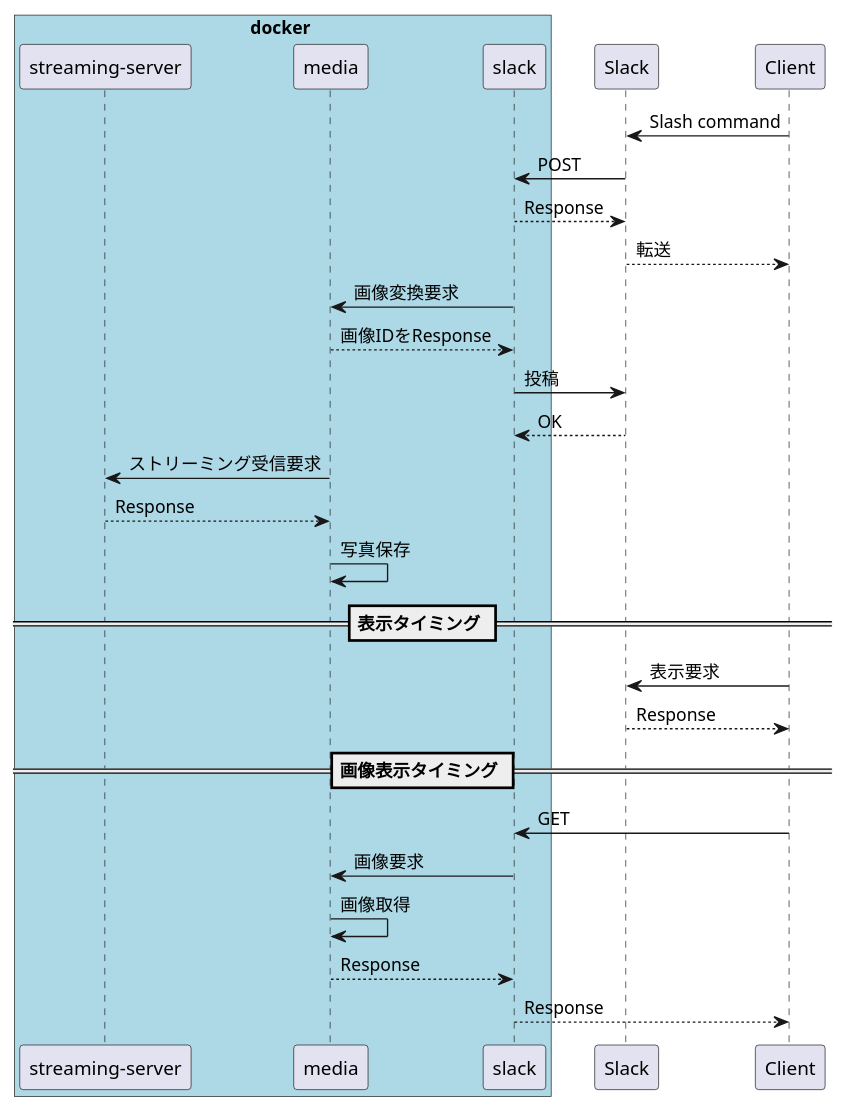
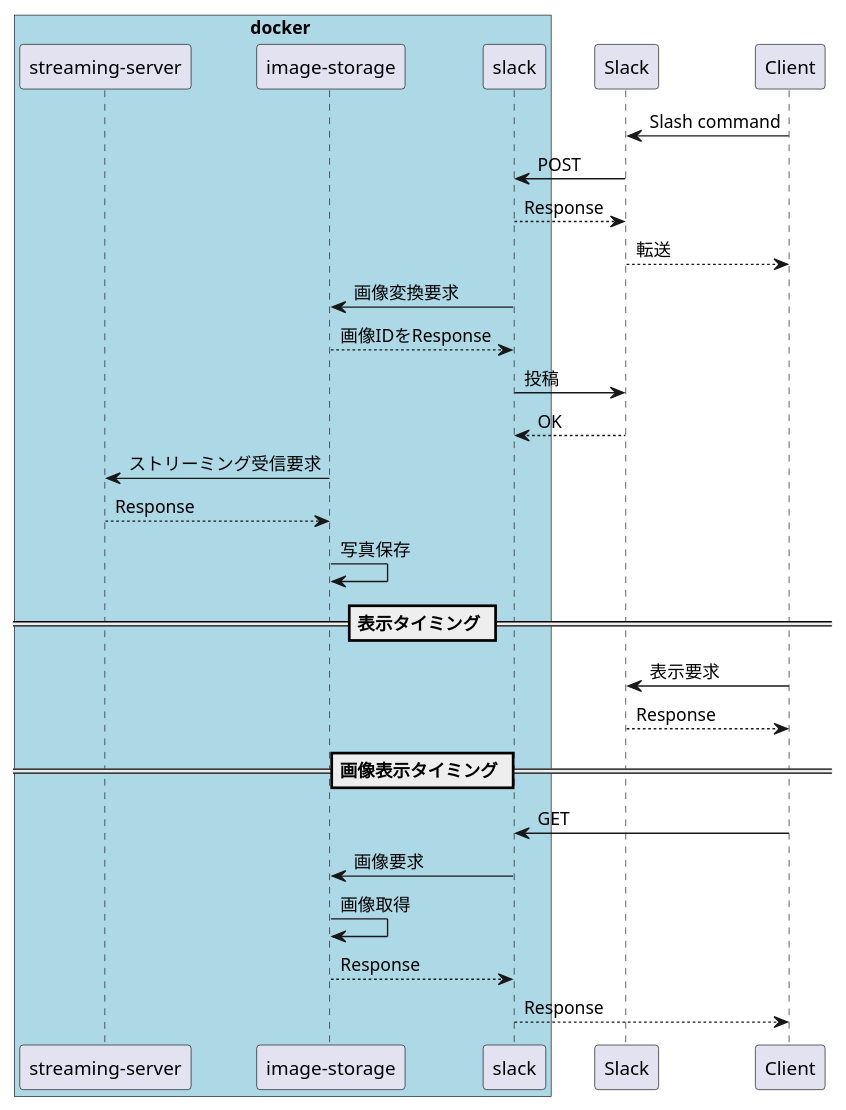
One commit to ilim0t/bushitsuchan-PC changed the diagram in docs/sequence/slack_slash_command.pu. Above: the diagram before and after it, drawn with PlantUML. The commit also changed 5 other files, not shown here.

Commit message:
Update Sequence diagram

```diff
--- a/docs/sequence/slack_slash_command.pu
+++ b/docs/sequence/slack_slash_command.pu
@@ -1,37 +1,37 @@
 @startuml Slack_slash_command
 box docker #LightBlue
 participant "streaming-server"
-participant media
+participant "image-storage"
 participant slack
 end box
 
 participant Slack
 participant Client
 
 Client -> Slack : Slash command
 Slack -> slack : POST
 
 slack --> Slack : Response
 Slack --> Client : 転送
 
-slack -> media: 画像変換要求
-media --> slack: 画像IDをResponse
+slack -> "image-storage": 画像変換要求
+"image-storage" --> slack: 画像IDをResponse
 slack ->Slack: 投稿
 Slack --> slack: OK
 
-media -> "streaming-server": ストリーミング受信要求
-"streaming-server" --> media: Response
-media -> media: 写真保存
+"image-storage" -> "streaming-server": ストリーミング受信要求
+"streaming-server" --> "image-storage": Response
+"image-storage" -> "image-storage": 写真保存
 
 == 表示タイミング ==
 
 Client -> Slack: 表示要求
 Slack --> Client: Response
 
 == 画像表示タイミング ==
 Client -> slack: GET
-slack -> media: 画像要求
-media -> media: 画像取得
-media --> slack: Response
+slack -> "image-storage": 画像要求
+"image-storage" -> "image-storage": 画像取得
+"image-storage" --> slack: Response
 slack --> Client: Response
 @enduml
```
